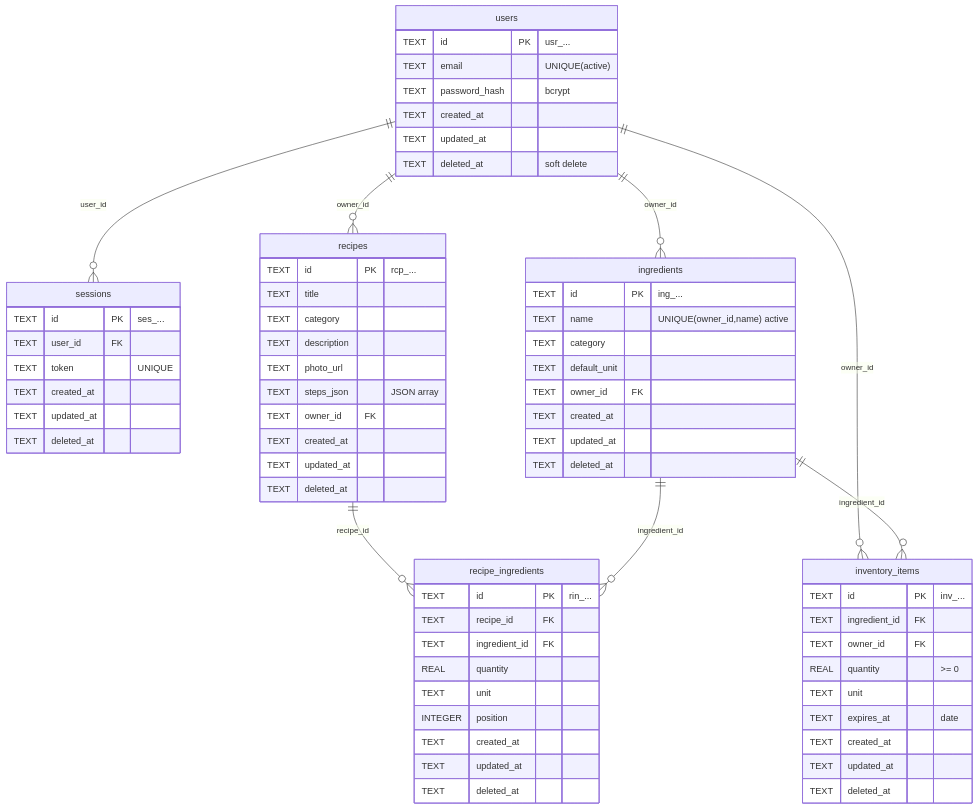
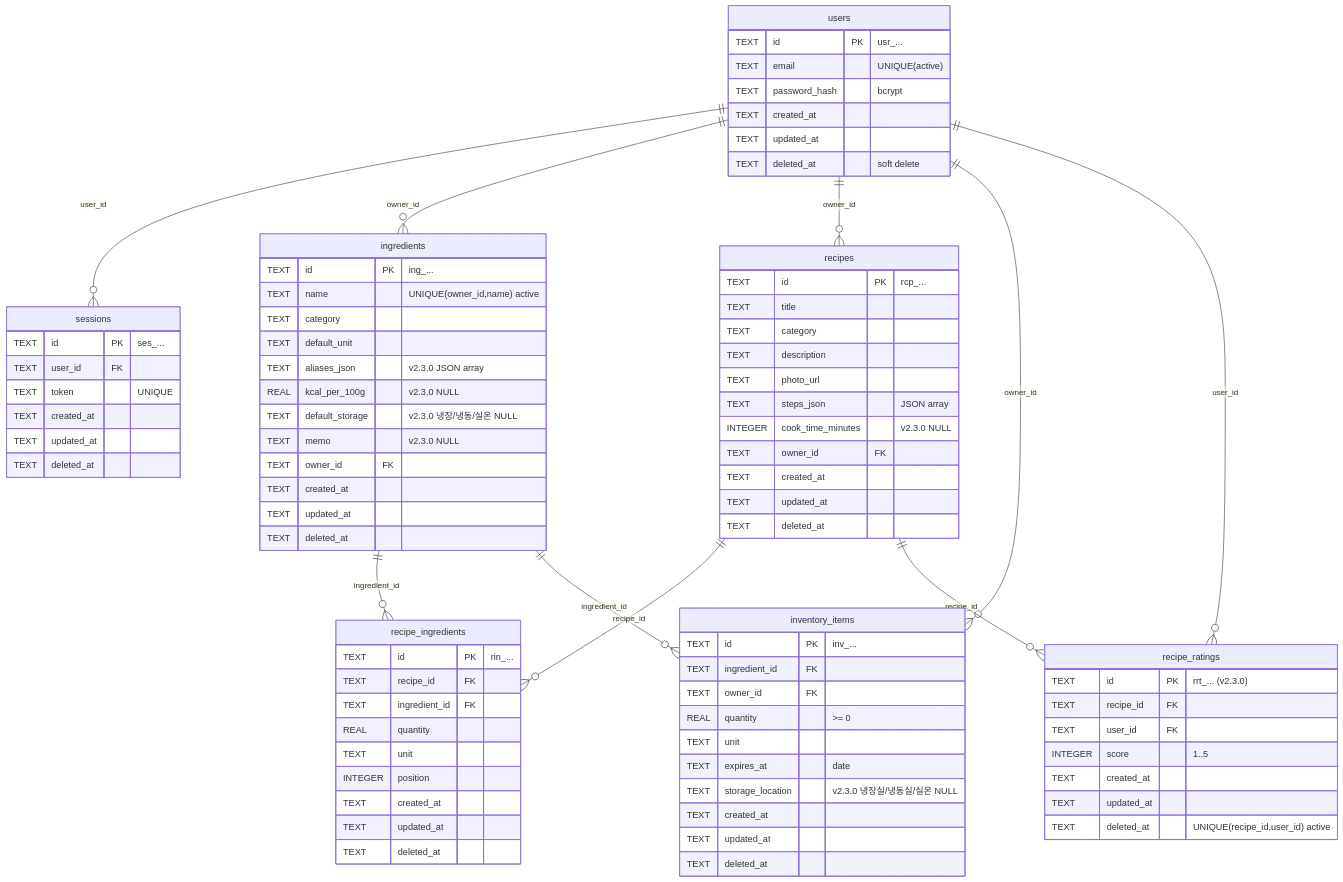
One commit to jungSolunar/myrecipe changed the diagram in docs/db-schema.md. Above: the diagram before and after it, drawn with Mermaid. The commit also changed other lines of this file and 12 other files, not shown here.

```diff
--- a/docs/db-schema.md
+++ b/docs/db-schema.md
@@ -17,7 +17,9 @@
     users ||--o{ ingredients : "owner_id"
     users ||--o{ recipes : "owner_id"
     users ||--o{ inventory_items : "owner_id"
+    users ||--o{ recipe_ratings : "user_id"
     recipes ||--o{ recipe_ingredients : "recipe_id"
+    recipes ||--o{ recipe_ratings : "recipe_id"
     ingredients ||--o{ recipe_ingredients : "ingredient_id"
     ingredients ||--o{ inventory_items : "ingredient_id"
 
@@ -44,6 +46,10 @@
         TEXT name "UNIQUE(owner_id,name) active"
         TEXT category
         TEXT default_unit
+        TEXT aliases_json "v2.3.0 JSON array"
+        REAL kcal_per_100g "v2.3.0 NULL"
+        TEXT default_storage "v2.3.0 냉장/냉동/실온 NULL"
+        TEXT memo "v2.3.0 NULL"
         TEXT owner_id FK
         TEXT created_at
         TEXT updated_at
@@ -57,10 +63,21 @@
         TEXT description
         TEXT photo_url
         TEXT steps_json "JSON array"
+        INTEGER cook_time_minutes "v2.3.0 NULL"
         TEXT owner_id FK
         TEXT created_at
         TEXT updated_at
         TEXT deleted_at
+    }
+
+    recipe_ratings {
+        TEXT id PK "rrt_... (v2.3.0)"
+        TEXT recipe_id FK
+        TEXT user_id FK
+        INTEGER score "1..5"
+        TEXT created_at
+        TEXT updated_at
+        TEXT deleted_at "UNIQUE(recipe_id,user_id) active"
     }
 
     recipe_ingredients {
@@ -82,6 +99,7 @@
         REAL quantity ">= 0"
         TEXT unit
         TEXT expires_at "date"
+        TEXT storage_location "v2.3.0 냉장실/냉동실/실온 NULL"
         TEXT created_at
         TEXT updated_at
         TEXT deleted_at
```
